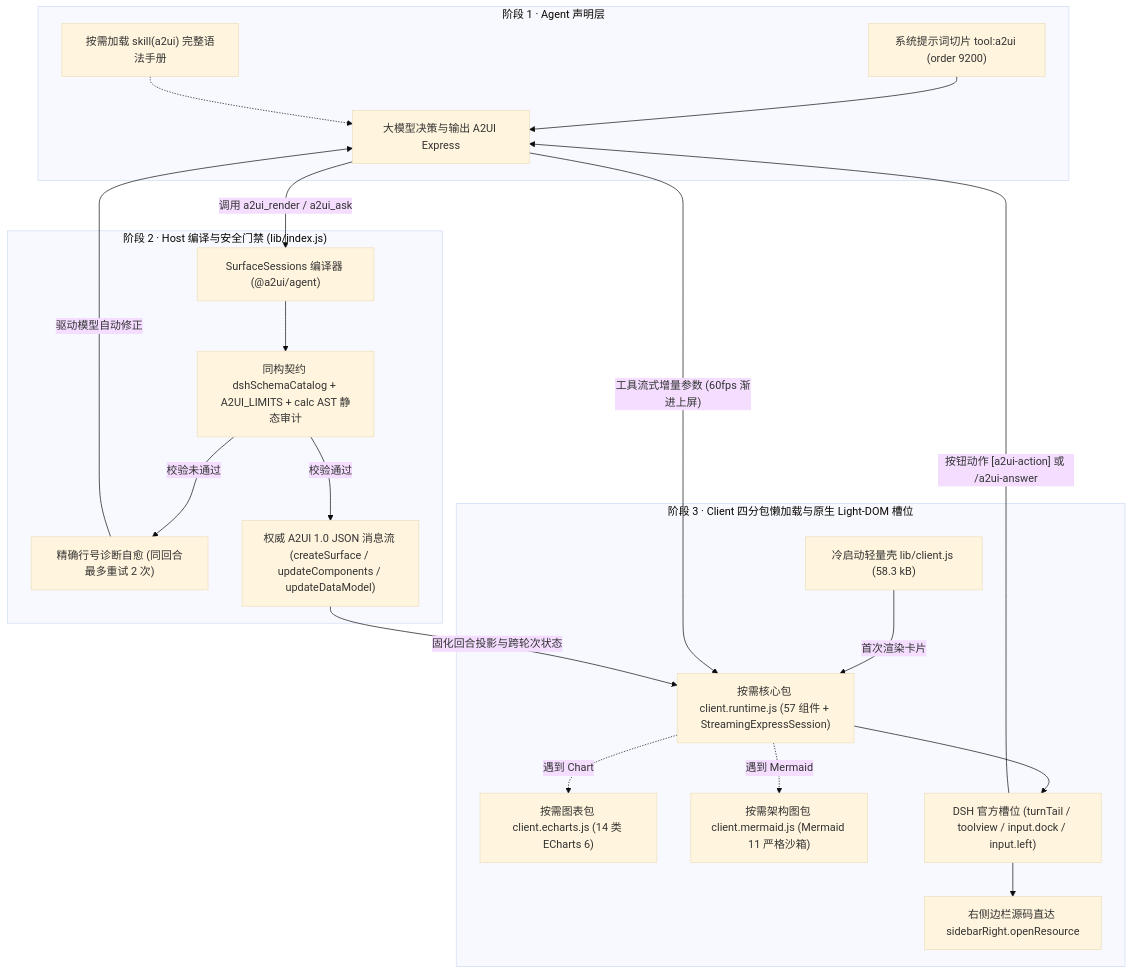
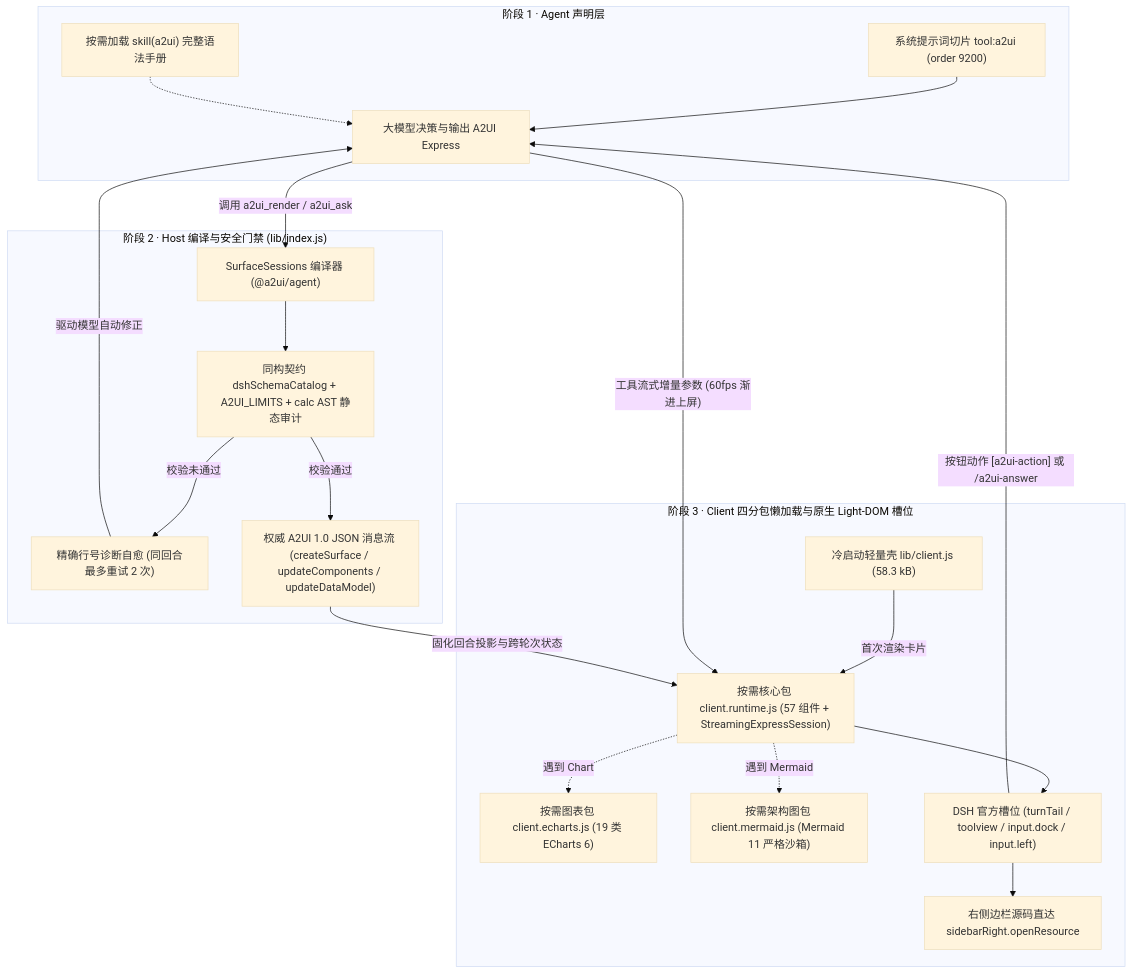
The diagram in docs/DEVELOPMENT.zh-CN.md (Geekhyt/dsh-genui-a2ui), drawn with Mermaid (base theme) before and after one commit. The commit also changed other lines of this file and 15 other files, not shown here.

````diff
--- a/docs/DEVELOPMENT.zh-CN.md
+++ b/docs/DEVELOPMENT.zh-CN.md
@@ -17,40 +17,40 @@
 ```mermaid
 flowchart TB
   subgraph S1["阶段 1 · Agent 声明层"]
     P["系统提示词切片 tool:a2ui (order 9200)"]
     SK["按需加载 skill(a2ui) 完整语法手册"]
     LLM["大模型决策与输出 A2UI Express"]
     P --> LLM
     SK -.-> LLM
   end
 
   subgraph S2["阶段 2 · Host 编译与安全门禁 (lib/index.js)"]
     COMP["SurfaceSessions 编译器 (@a2ui/agent)"]
     ZOD["同构契约 dshSchemaCatalog + A2UI_LIMITS + calc AST 静态审计"]
     REPAIR["精确行号诊断自愈 (同回合最多重试 2 次)"]
     WIRE["权威 A2UI 1.0 JSON 消息流 (createSurface / updateComponents / updateDataModel)"]
     COMP --> ZOD
     ZOD -->|"校验未通过"| REPAIR
     REPAIR -->|"驱动模型自动修正"| LLM
     ZOD -->|"校验通过"| WIRE
   end
 
   subgraph S3["阶段 3 · Client 四分包懒加载与原生 Light-DOM 槽位"]
     SHELL["冷启动轻量壳 lib/client.js (58.3 kB)"]
     RT["按需核心包 client.runtime.js (57 组件 + StreamingExpressSession)"]
-    EC["按需图表包 client.echarts.js (14 类 ECharts 6)"]
+    EC["按需图表包 client.echarts.js (19 类 ECharts 6)"]
     MM["按需架构图包 client.mermaid.js (Mermaid 11 严格沙箱)"]
     SLOTS["DSH 官方槽位 (turnTail / toolview / input.dock / input.left)"]
     SIDE["右侧边栏源码直达 sidebarRight.openResource"]
     SHELL -->|"首次渲染卡片"| RT
     RT -.->|"遇到 Chart"| EC
     RT -.->|"遇到 Mermaid"| MM
     RT --> SLOTS
     SLOTS --> SIDE
   end
 
   LLM -->|"工具流式增量参数 (60fps 渐进上屏)"| RT
   LLM -->|"调用 a2ui_render / a2ui_ask"| COMP
   WIRE -->|"固化回合投影与跨轮次状态"| RT
   SLOTS -->|"按钮动作 [a2ui-action] 或 /a2ui-answer"| LLM
 ```
````
